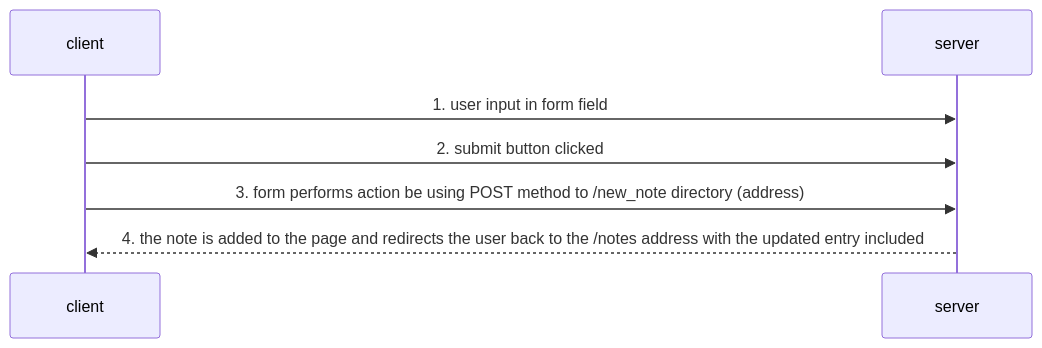
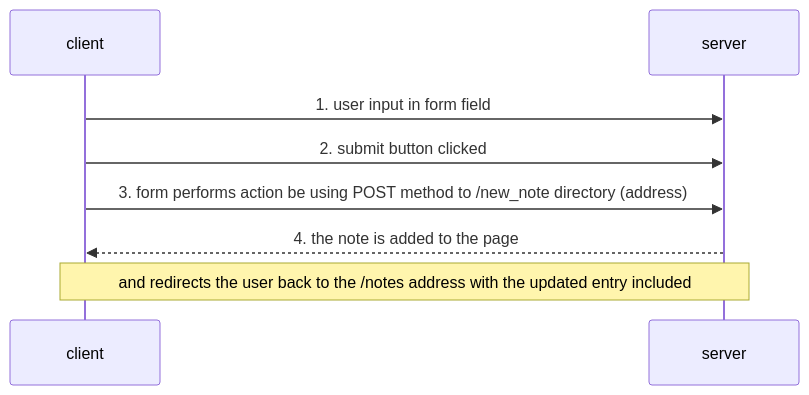
Before and after one commit to theDapperFoxtrot/fullstackopen-part0-exercises: the diagram in README.md, drawn with Mermaid.

````diff
--- a/README.md
+++ b/README.md
@@ -8,9 +8,10 @@
 ```mermaid
 sequenceDiagram
     participant client
     participant server
     client->>server: 1. user input in form field 
     client->>server: 2. submit button clicked 
     client->>server: 3. form performs action be using POST method to /new_note directory (address)
-    server-->>client: 4. the note is added to the page and redirects the user back to the /notes address with the updated entry included
+    server-->>client: 4. the note is added to the page
+    Note over server, client: and redirects the user back to the /notes address with the updated entry included
 ```
````
